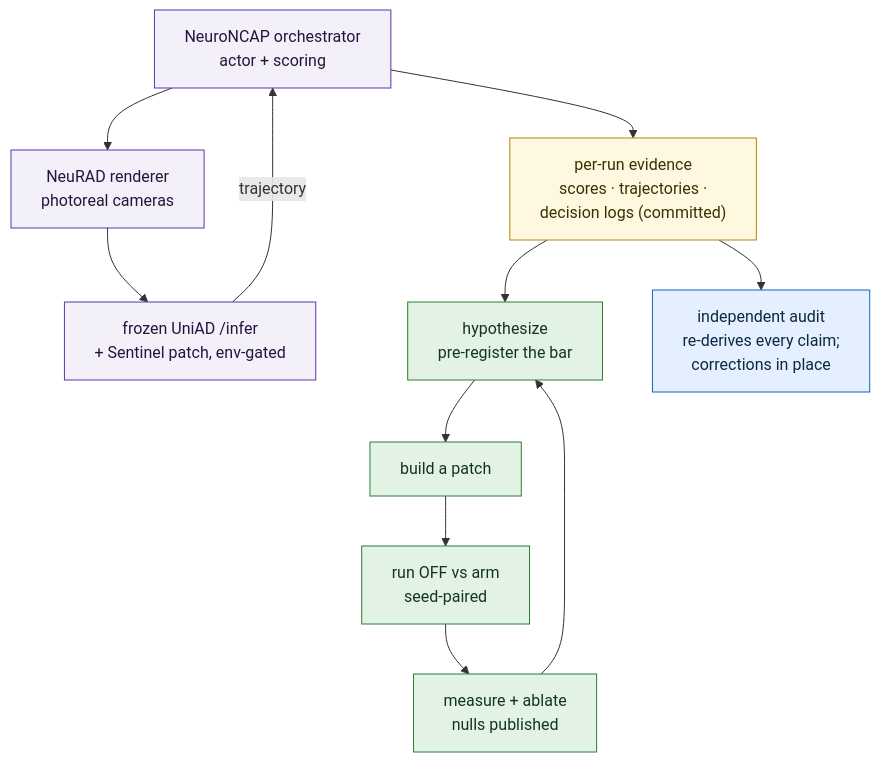
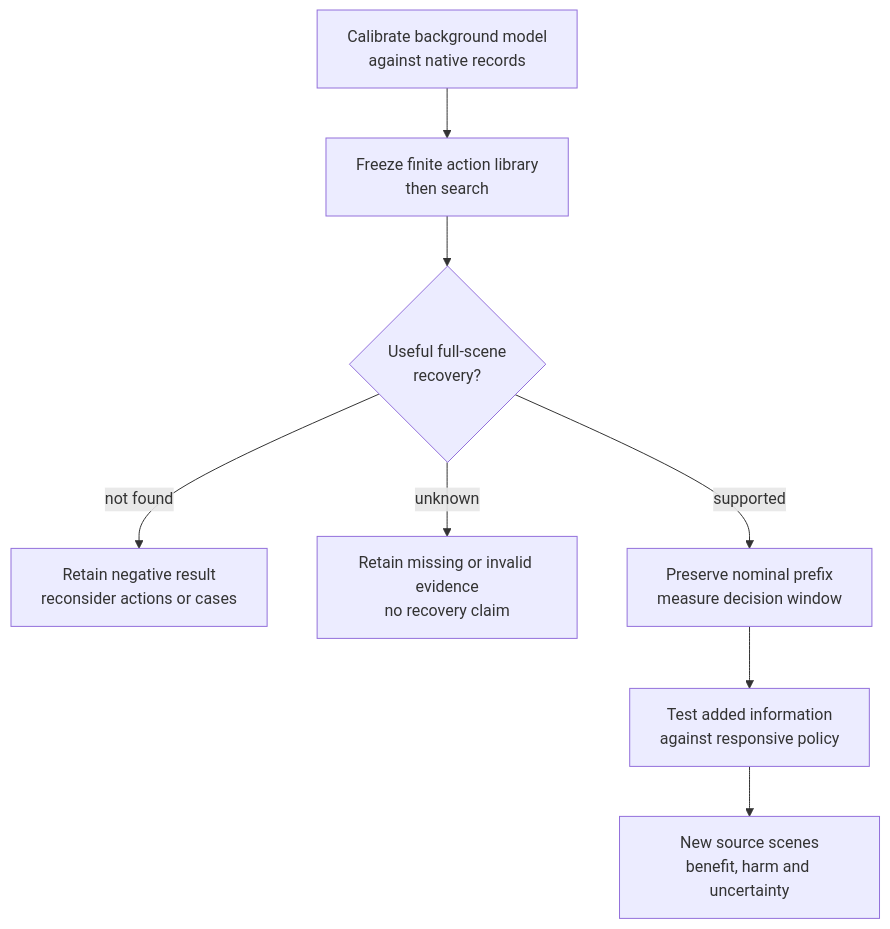
The third of 3 diagrams in README.md (manfromnowhere143/sentinel), drawn with Mermaid before and after one commit. The commit also changed other lines of this file and 2 other files, not shown here.

Commit message:
docs: bring default Sentinel landing page through Iter155

````diff
--- a/README.md
+++ b/README.md
@@ -724,17 +436,12 @@
 ```mermaid
 flowchart TB
-  ORCH["NeuroNCAP orchestrator<br/>actor + scoring"] --> REND["NeuRAD renderer<br/>photoreal cameras"]
-  REND --> MODEL["frozen UniAD /infer<br/>+ Sentinel patch, env-gated"]
-  MODEL -- "trajectory" --> ORCH
-  ORCH --> EVID["per-run evidence<br/>scores · trajectories ·<br/>decision logs (committed)"]
-  EVID --> H["hypothesize<br/>pre-register the bar"] --> B2["build a patch"] --> R2["run OFF vs arm<br/>seed-paired"] --> M2["measure + ablate<br/>nulls published"] --> H
-  EVID --> AUD["independent audit<br/>re-derives every claim;<br/>corrections in place"]
-  classDef stack fill:#f3f0fa,stroke:#5e35b1,color:#22163d;
-  classDef loop fill:#e2f3e5,stroke:#2e7d32,color:#13361b;
-  classDef ev fill:#fff8e1,stroke:#b28704,color:#3d2f00;
-  classDef audit fill:#e4f0ff,stroke:#1565c0,color:#0c2742;
-  class ORCH,REND,MODEL stack;
-  class H,B2,R2,M2 loop;
-  class EVID ev;
-  class AUD audit;
+  accTitle: The proposed route from collision replay to information benefit
+  accDescr: Calibration precedes a new action search. Full-scene recovery and a measured decision window are required before testing an added signal.
+  C["Calibrate background model<br/>against native records"] --> S["Freeze finite action library<br/>then search"]
+  S --> R{"Useful full-scene<br/>recovery?"}
+  R -- "not found" --> N["Retain negative result<br/>reconsider actions or cases"]
+  R -- "unknown" --> U["Retain missing or invalid evidence<br/>no recovery claim"]
+  R -- "supported" --> W["Preserve nominal prefix<br/>measure decision window"]
+  W --> I["Test added information<br/>against responsive policy"]
+  I --> H["New source scenes<br/>benefit, harm and uncertainty"]
 ```
````
